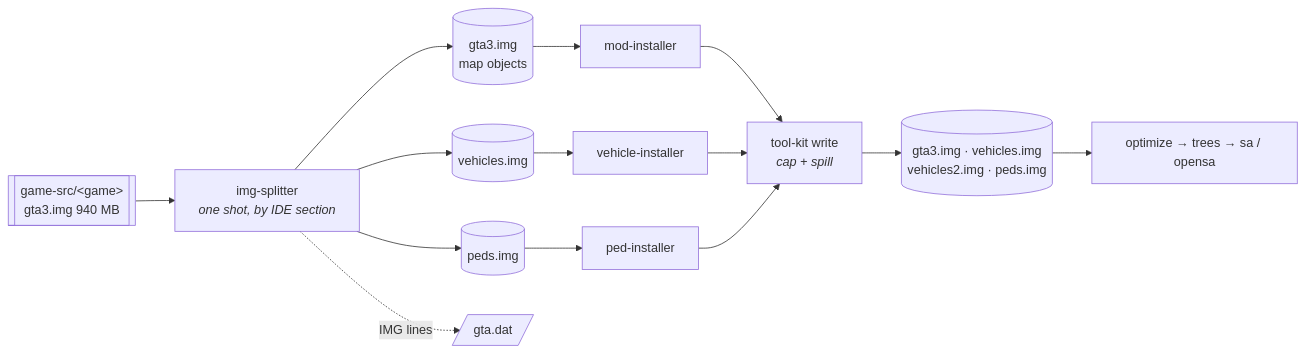
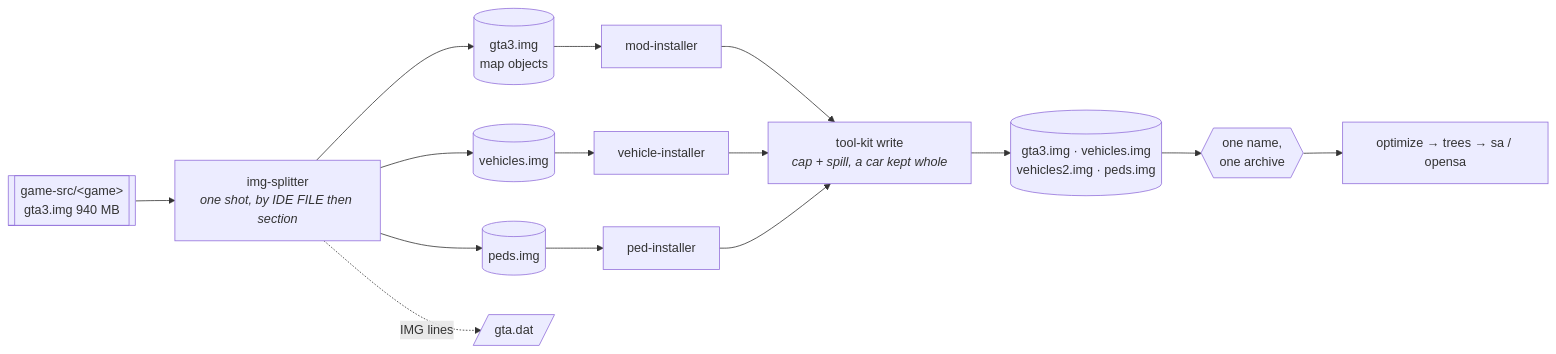
One commit to sexorcist00/opensa changed the diagram in docs/architecture/img-archive-layout.md. Above: the diagram before and after it, drawn with Mermaid. The commit also changed 3 other files, not shown here.

First line of the commit message:
docs(architecture): the split diagram says what decides a bucket, and what the write guards

````diff
--- a/docs/architecture/img-archive-layout.md
+++ b/docs/architecture/img-archive-layout.md
@@ -99,17 +99,18 @@
 ```mermaid
 %%| img-archive-layout
 flowchart LR
   stock[["game-src/&lt;game&gt;<br/>gta3.img 940 MB"]] --> split
-  split["img-splitter<br/><i>one shot, by IDE section</i>"] --> map[(gta3.img<br/>map objects)]
+  split["img-splitter<br/><i>one shot, by IDE FILE then section</i>"] --> map[(gta3.img<br/>map objects)]
   split --> veh[(vehicles.img)]
   split --> ped[(peds.img)]
   split -.->|IMG lines| dat[/gta.dat/]
   map --> mods["mod-installer"]
   veh --> vi["vehicle-installer"]
   ped --> pi["ped-installer"]
   mods --> writer
   vi --> writer
   pi --> writer
-  writer["tool-kit write<br/><i>cap + spill</i>"] --> out[(gta3.img · vehicles.img<br/>vehicles2.img · peds.img)]
-  out --> rest["optimize → trees → sa / opensa"]
+  writer["tool-kit write<br/><i>cap + spill, a car kept whole</i>"] --> out[(gta3.img · vehicles.img<br/>vehicles2.img · peds.img)]
+  out --> guard{{"one name,<br/>one archive"}}
+  guard --> rest["optimize → trees → sa / opensa"]
 ```
````
